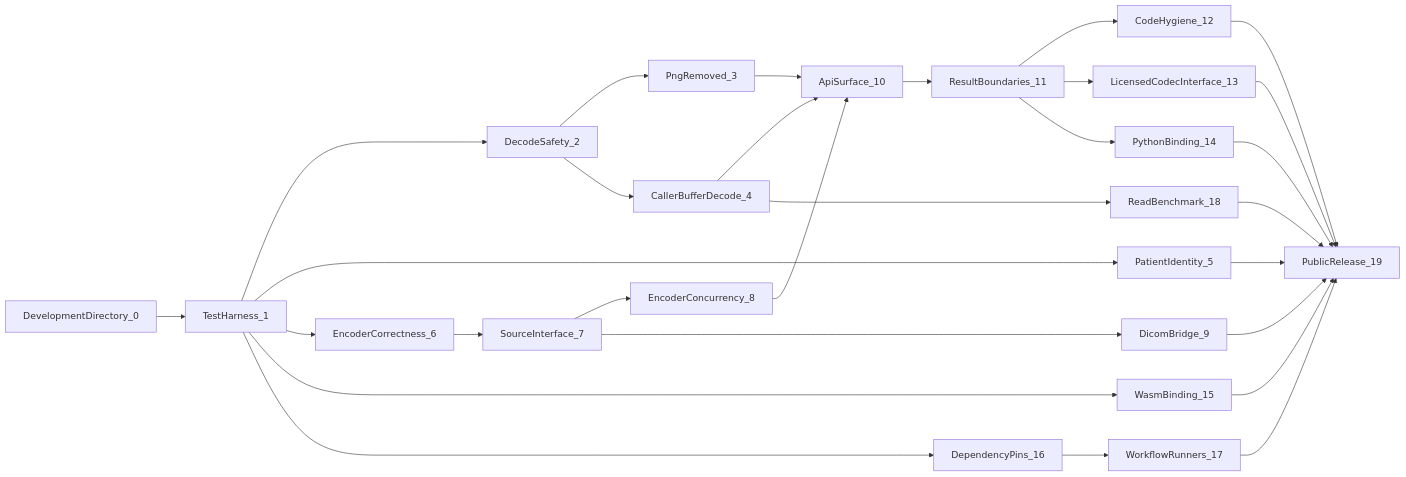
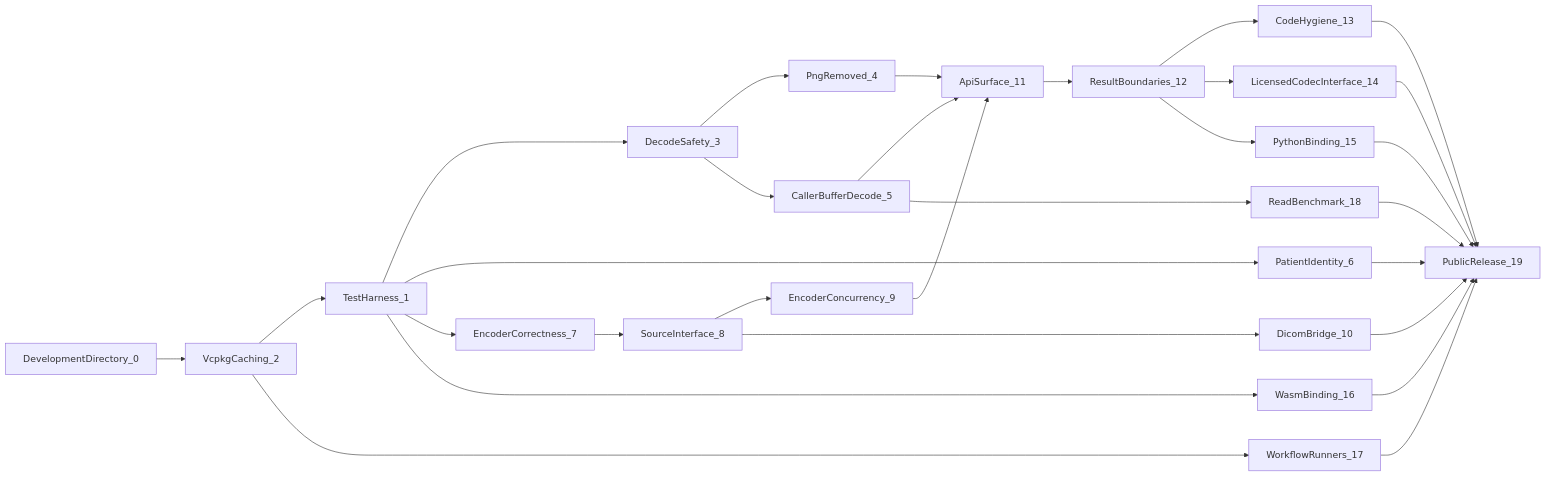
The diagram in development/WBS.md (Aptix-Bio/Iris-Slide), drawn with Mermaid before and after one commit. The commit also changed other lines of this file and 31 other files, not shown here.

````diff
--- a/development/WBS.md
+++ b/development/WBS.md
@@ -54,31 +62,31 @@
 ```mermaid
 flowchart LR
-    S0["DevelopmentDirectory_0"] --> S1["TestHarness_1"]
-    S1 --> S2["DecodeSafety_2"]
-    S2 --> S3["PngRemoved_3"]
-    S2 --> S4["CallerBufferDecode_4"]
-    S1 --> S5["PatientIdentity_5"]
-    S1 --> S6["EncoderCorrectness_6"]
-    S6 --> S7["SourceInterface_7"]
-    S7 --> S8["EncoderConcurrency_8"]
-    S7 --> S9["DicomBridge_9"]
-    S3 --> S10["ApiSurface_10"]
-    S4 --> S10
-    S8 --> S10
-    S10 --> S11["ResultBoundaries_11"]
-    S11 --> S12["CodeHygiene_12"]
-    S11 --> S13["LicensedCodecInterface_13"]
-    S11 --> S14["PythonBinding_14"]
-    S1 --> S15["WasmBinding_15"]
-    S1 --> S16["DependencyPins_16"]
-    S16 --> S17["WorkflowRunners_17"]
-    S4 --> S18["ReadBenchmark_18"]
-    S5 --> S19["PublicRelease_19"]
-    S9 --> S19
-    S12 --> S19
+    S0["DevelopmentDirectory_0"] --> S2["VcpkgCaching_2"]
+    S2 --> S1["TestHarness_1"]
+    S1 --> S3["DecodeSafety_3"]
+    S3 --> S4["PngRemoved_4"]
+    S3 --> S5["CallerBufferDecode_5"]
+    S1 --> S6["PatientIdentity_6"]
+    S1 --> S7["EncoderCorrectness_7"]
+    S7 --> S8["SourceInterface_8"]
+    S8 --> S9["EncoderConcurrency_9"]
+    S8 --> S10["DicomBridge_10"]
+    S4 --> S11["ApiSurface_11"]
+    S5 --> S11
+    S9 --> S11
+    S11 --> S12["ResultBoundaries_12"]
+    S12 --> S13["CodeHygiene_13"]
+    S12 --> S14["LicensedCodecInterface_14"]
+    S12 --> S15["PythonBinding_15"]
+    S1 --> S16["WasmBinding_16"]
+    S2 --> S17["WorkflowRunners_17"]
+    S5 --> S18["ReadBenchmark_18"]
+    S6 --> S19["PublicRelease_19"]
+    S10 --> S19
     S13 --> S19
     S14 --> S19
     S15 --> S19
+    S16 --> S19
     S17 --> S19
     S18 --> S19
 ```
````
